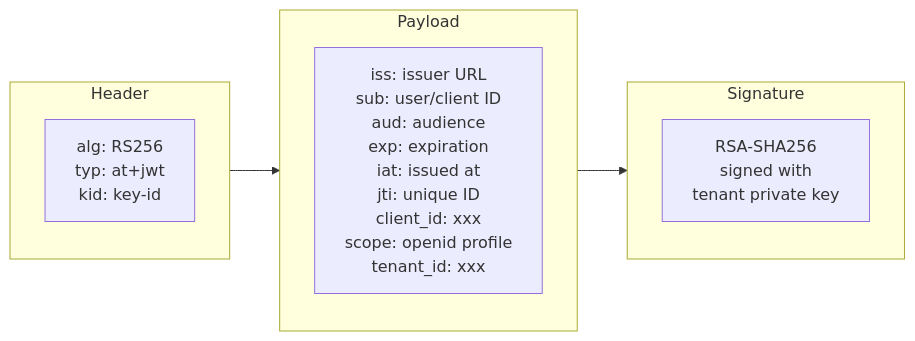
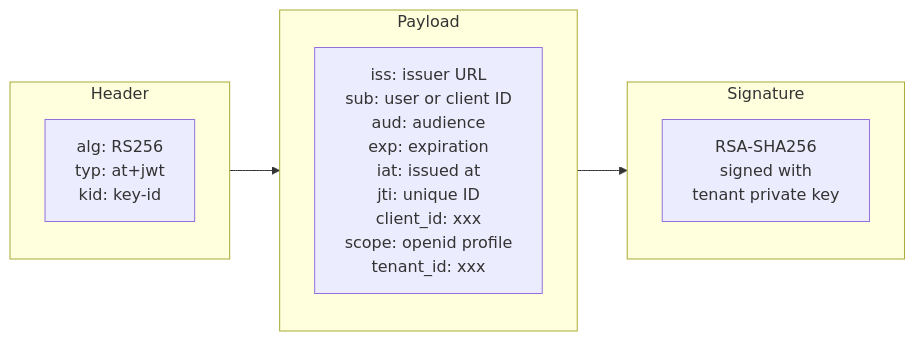
Before and after one commit to bjarneo/oauth2-hono: diagram 13 of 14 in docs/flow.md, drawn with Mermaid. The commit also changed other lines of this file, not shown here.

````diff
--- a/docs/flow.md
+++ b/docs/flow.md
@@ -419,16 +419,16 @@
 ```mermaid
 flowchart LR
     subgraph Header
         A[alg: RS256<br/>typ: at+jwt<br/>kid: key-id]
     end
 
     subgraph Payload
-        B[iss: issuer URL<br/>sub: user/client ID<br/>aud: audience<br/>exp: expiration<br/>iat: issued at<br/>jti: unique ID<br/>client_id: xxx<br/>scope: openid profile<br/>tenant_id: xxx]
+        B["iss: issuer URL<br/>sub: user or client ID<br/>aud: audience<br/>exp: expiration<br/>iat: issued at<br/>jti: unique ID<br/>client_id: xxx<br/>scope: openid profile<br/>tenant_id: xxx"]
     end
 
     subgraph Signature
         C[RSA-SHA256<br/>signed with<br/>tenant private key]
     end
 
     Header --> Payload --> Signature
 ```
````
